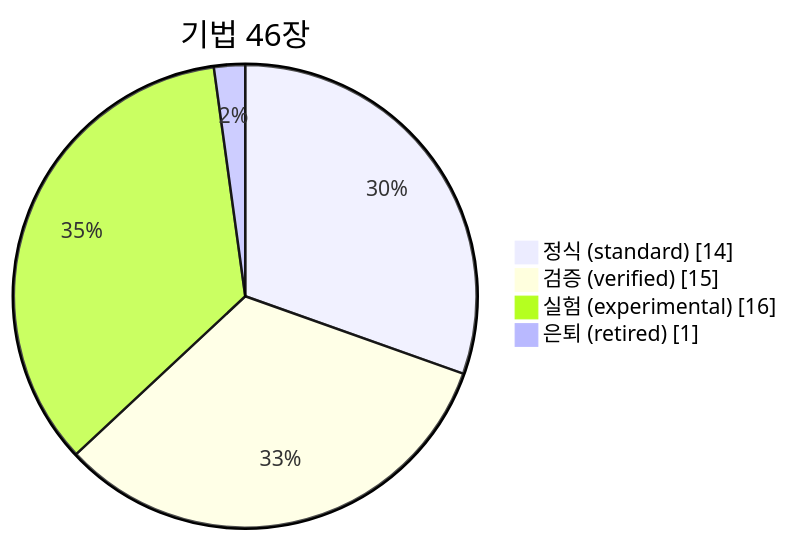
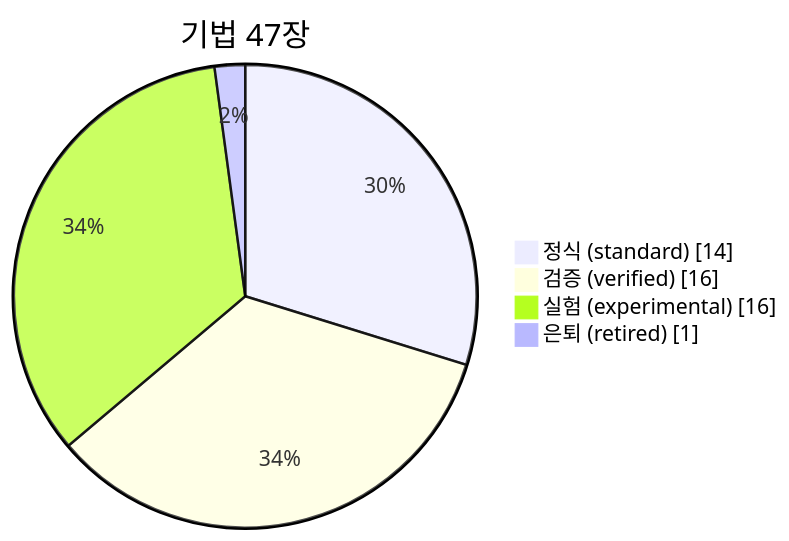
Before and after one commit to csbakk/clone-kb: the diagram in README.md, drawn with Mermaid. The commit also changed other lines of this file and 1 other file, not shown here.

Commit message:
technique(verified): non-intrusive-browser-automation — 포커스 무침해 원칙+계측headless/픽셀headful 역할분리(notion 0720 실증)

````diff
--- a/README.md
+++ b/README.md
@@ -32,8 +32,8 @@
 ```mermaid
 pie showData
-    title 기법 46장
+    title 기법 47장
     "정식 (standard)" : 14
-    "검증 (verified)" : 15
+    "검증 (verified)" : 16
     "실험 (experimental)" : 16
     "은퇴 (retired)" : 1
 ```
````
